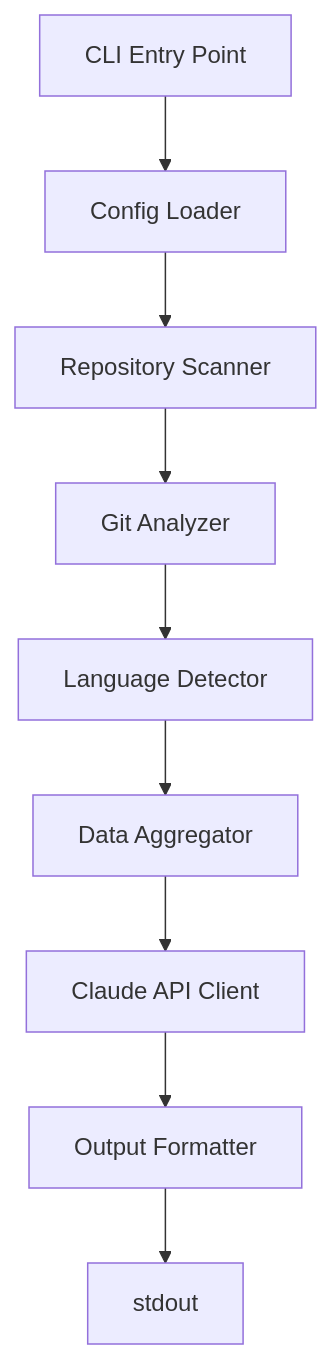
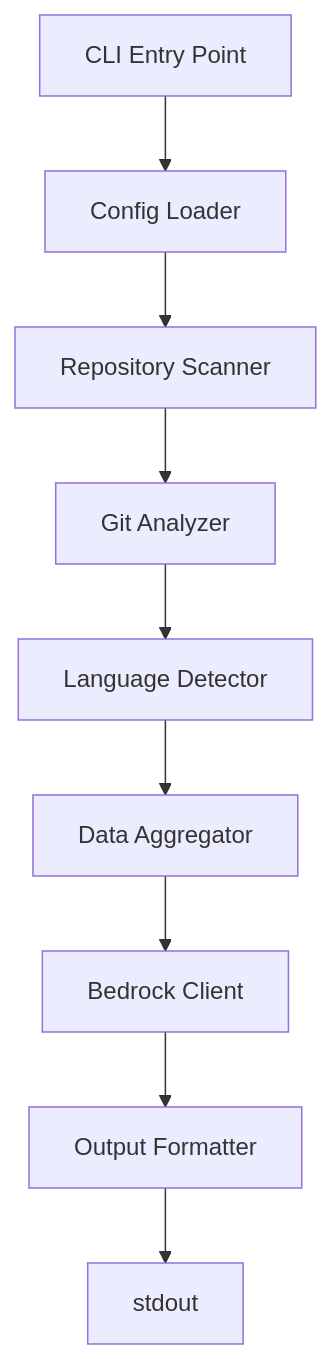
One commit to slittycode/vibe changed the first of 2 diagrams in .kiro/specs/vibe-cli/design.md. Above: the diagram before and after it, drawn with Mermaid. The commit also changed other lines of this file and 18 other files, not shown here.

````diff
--- a/.kiro/specs/vibe-cli/design.md
+++ b/.kiro/specs/vibe-cli/design.md
@@ -9,11 +9,11 @@
 ```mermaid
 graph TD
     A[CLI Entry Point] --> B[Config Loader]
     B --> C[Repository Scanner]
     C --> D[Git Analyzer]
     D --> E[Language Detector]
     E --> F[Data Aggregator]
-    F --> G[Claude API Client]
+    F --> G[Bedrock Client]
     G --> H[Output Formatter]
     H --> I[stdout]
 ```
````
